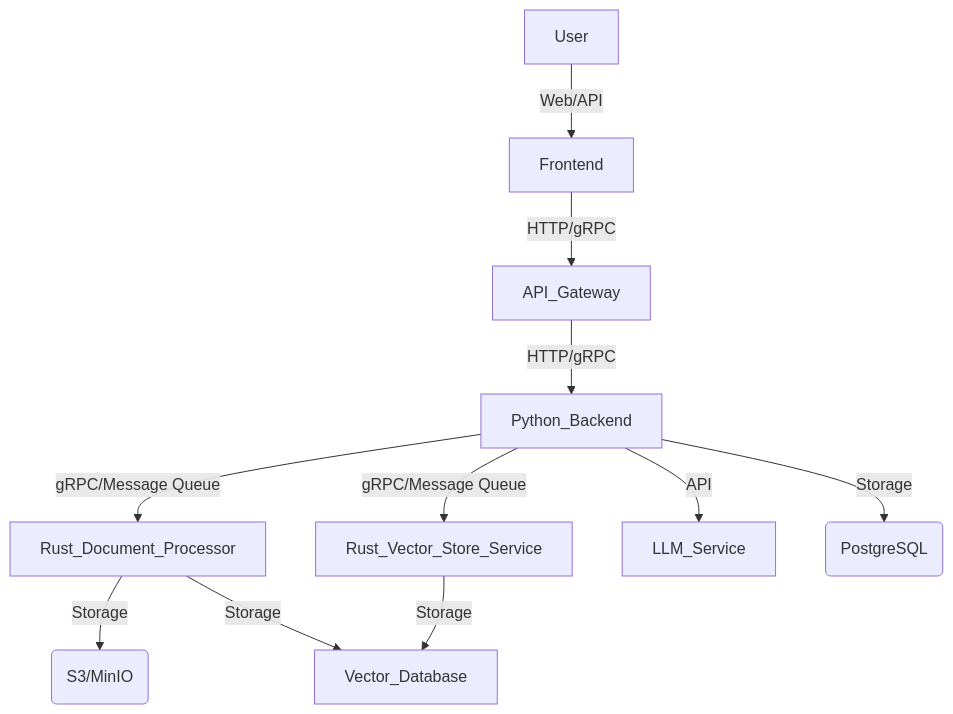
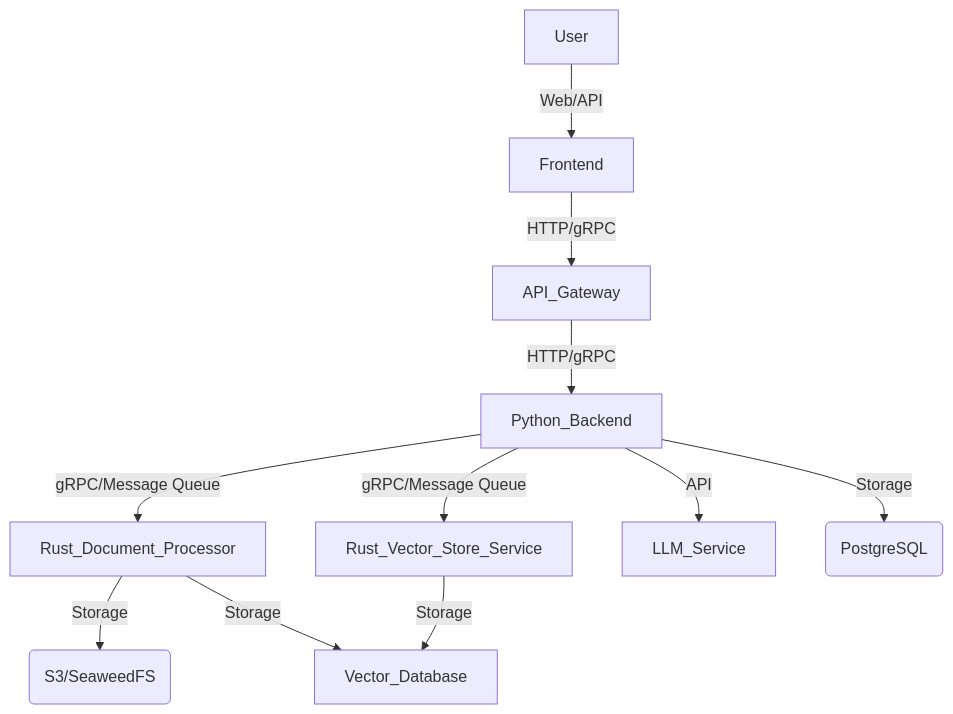
Before and after one commit to chongliujia/ragJ_platform: the diagram in docs/system_architecture_design.md, drawn with Mermaid. The commit also changed other lines of this file and 12 other files, not shown here.

````diff
--- a/docs/system_architecture_design.md
+++ b/docs/system_architecture_design.md
@@ -7,13 +7,13 @@
 ```mermaid
 graph TD
     User -->|Web/API| Frontend
     Frontend -->|HTTP/gRPC| API_Gateway
     API_Gateway -->|HTTP/gRPC| Python_Backend
     Python_Backend -->|gRPC/Message Queue| Rust_Document_Processor
     Python_Backend -->|gRPC/Message Queue| Rust_Vector_Store_Service
     Python_Backend -->|API| LLM_Service
-    Rust_Document_Processor -->|Storage| Document_Storage(S3/MinIO)
+    Rust_Document_Processor -->|Storage| Document_Storage(S3/SeaweedFS)
     Rust_Document_Processor -->|Storage| Vector_Database
     Rust_Vector_Store_Service -->|Storage| Vector_Database
     Python_Backend -->|Storage| Relational_Database(PostgreSQL)
 ```
````
